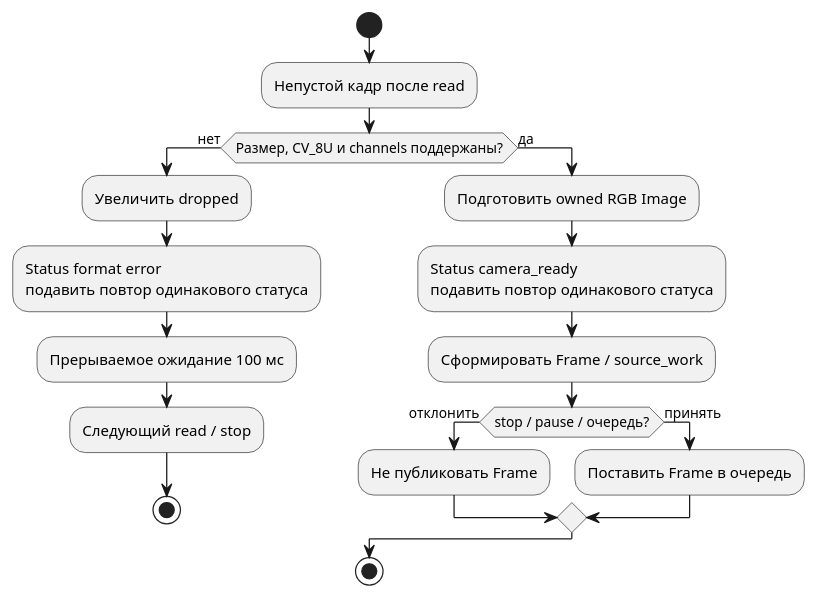
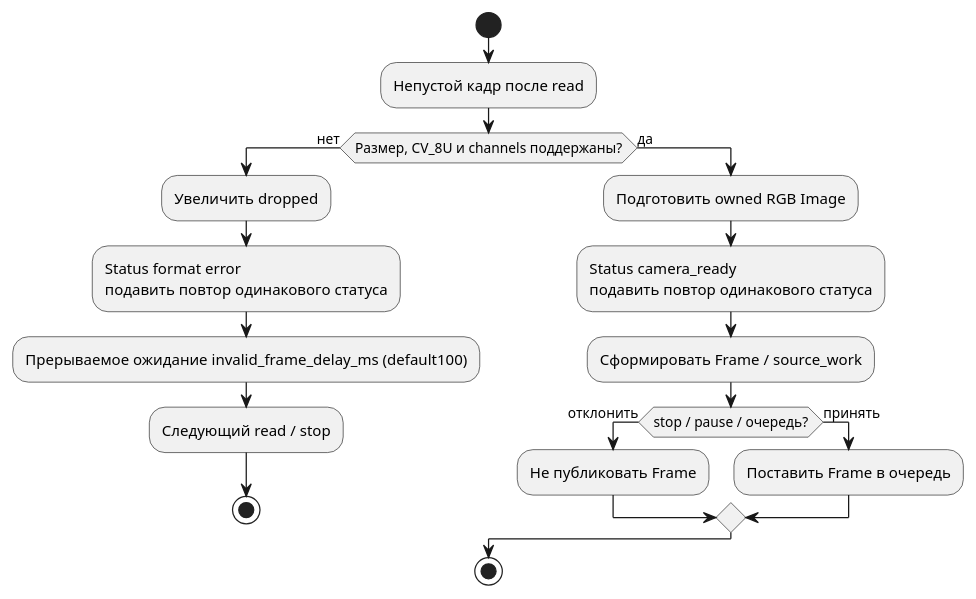
One commit to AKTOETO/Surround-view changed the fifth of 10 diagrams in docs/engineering/SOURCES.md. Above: the diagram before and after it, drawn with PlantUML. The commit also changed other lines of this file and 5 other files, not shown here.

First line of the commit message:
docs(camera): define retry semantics and repair source diagrams

````diff
--- a/docs/engineering/SOURCES.md
+++ b/docs/engineering/SOURCES.md
@@ -311,25 +312,25 @@
 ```plantuml
 @startuml
 start
 :Непустой кадр после read;
 if (Размер, CV_8U и channels поддержаны?) then (нет)
   :Увеличить dropped;
   :Status format error
 подавить повтор одинакового статуса;
-  :Прерываемое ожидание 100 мс;
+  :Прерываемое ожидание invalid_frame_delay_ms (default100);
   :Следующий read / stop;
   stop
 else (да)
   :Подготовить owned RGB Image;
   :Status camera_ready
 подавить повтор одинакового статуса;
   :Сформировать Frame / source_work;
   if (stop / pause / очередь?) then (отклонить)
     :Не публиковать Frame;
   else (принять)
     :Поставить Frame в очередь;
   endif
 endif
 stop
 @enduml
 ```
````
